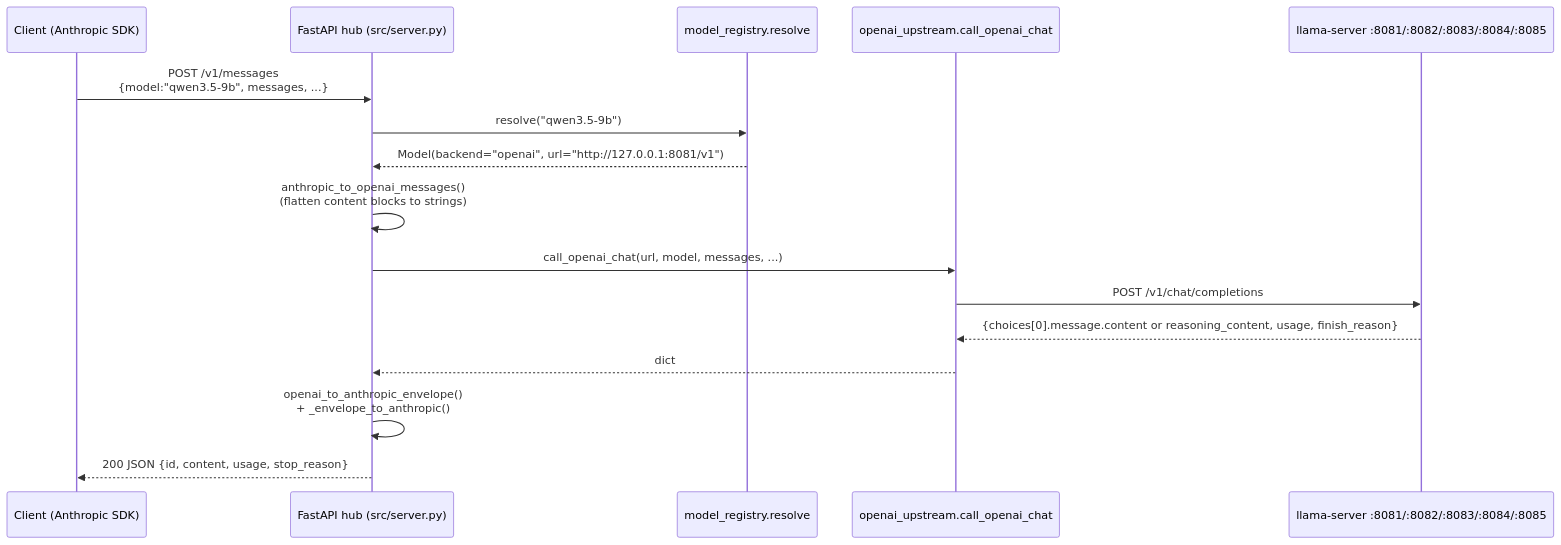
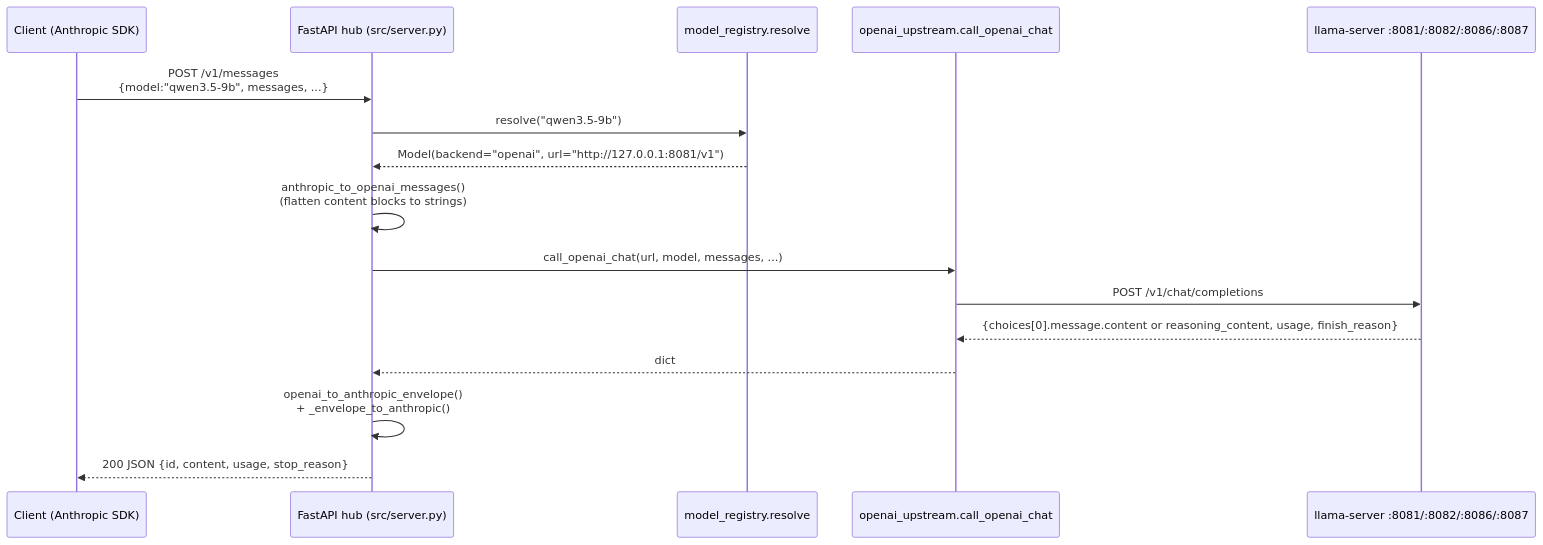
One commit to ferraroroberto/local-llm-hub changed the fourth of 4 diagrams in docs/project-structure.md. Above: the diagram before and after it, drawn with Mermaid. The commit also changed other lines of this file and 12 other files, not shown here.

````diff
--- a/docs/project-structure.md
+++ b/docs/project-structure.md
@@ -226,19 +224,19 @@
 ```mermaid
 sequenceDiagram
     participant C as Client (Anthropic SDK)
     participant F as FastAPI hub (src/server.py)
     participant R as model_registry.resolve
     participant U as openai_upstream.call_openai_chat
-    participant L as llama-server :8081/:8082/:8083/:8084/:8085
+    participant L as llama-server :8081/:8082/:8086/:8087
 
     C->>F: POST /v1/messages<br/>{model:"qwen3.5-9b", messages, ...}
     F->>R: resolve("qwen3.5-9b")
     R-->>F: Model(backend="openai", url="http://127.0.0.1:8081/v1")
     F->>F: anthropic_to_openai_messages()<br/>(flatten content blocks to strings)
     F->>U: call_openai_chat(url, model, messages, ...)
     U->>L: POST /v1/chat/completions
     L-->>U: {choices[0].message.content or reasoning_content, usage, finish_reason}
     U-->>F: dict
     F->>F: openai_to_anthropic_envelope()<br/>+ _envelope_to_anthropic()
     F-->>C: 200 JSON {id, content, usage, stop_reason}
 ```
````
